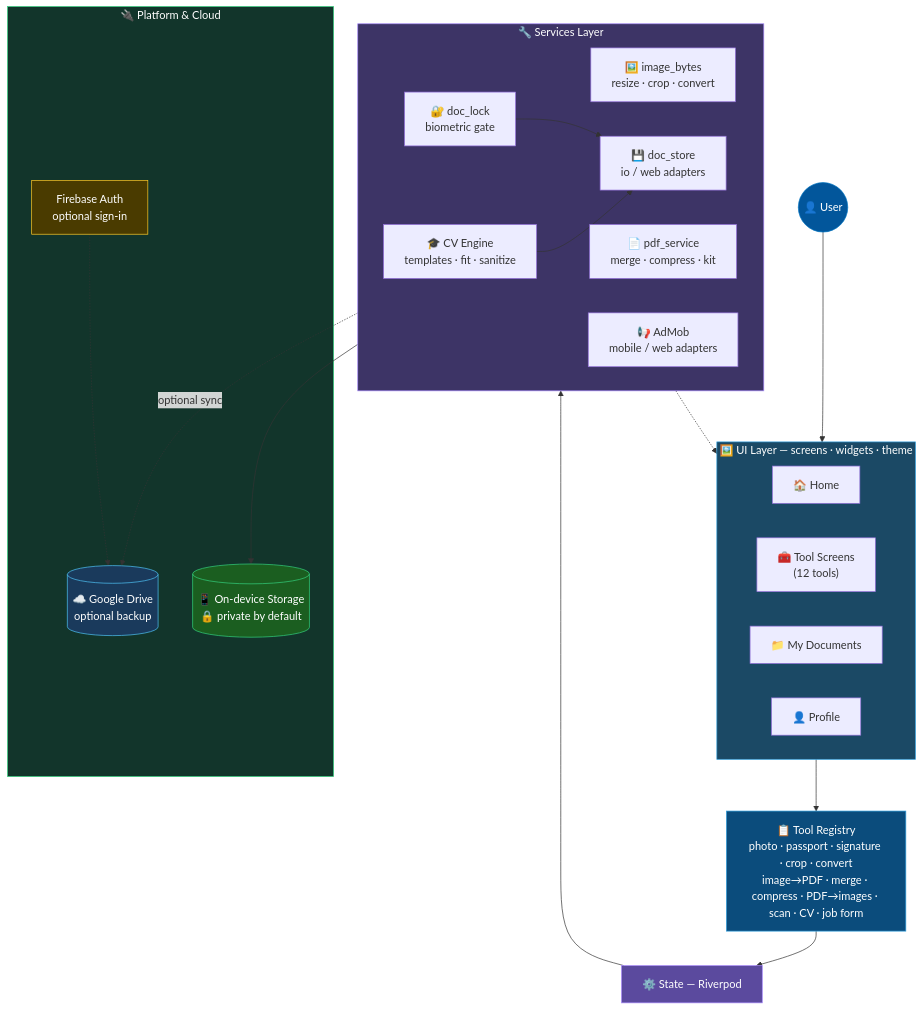
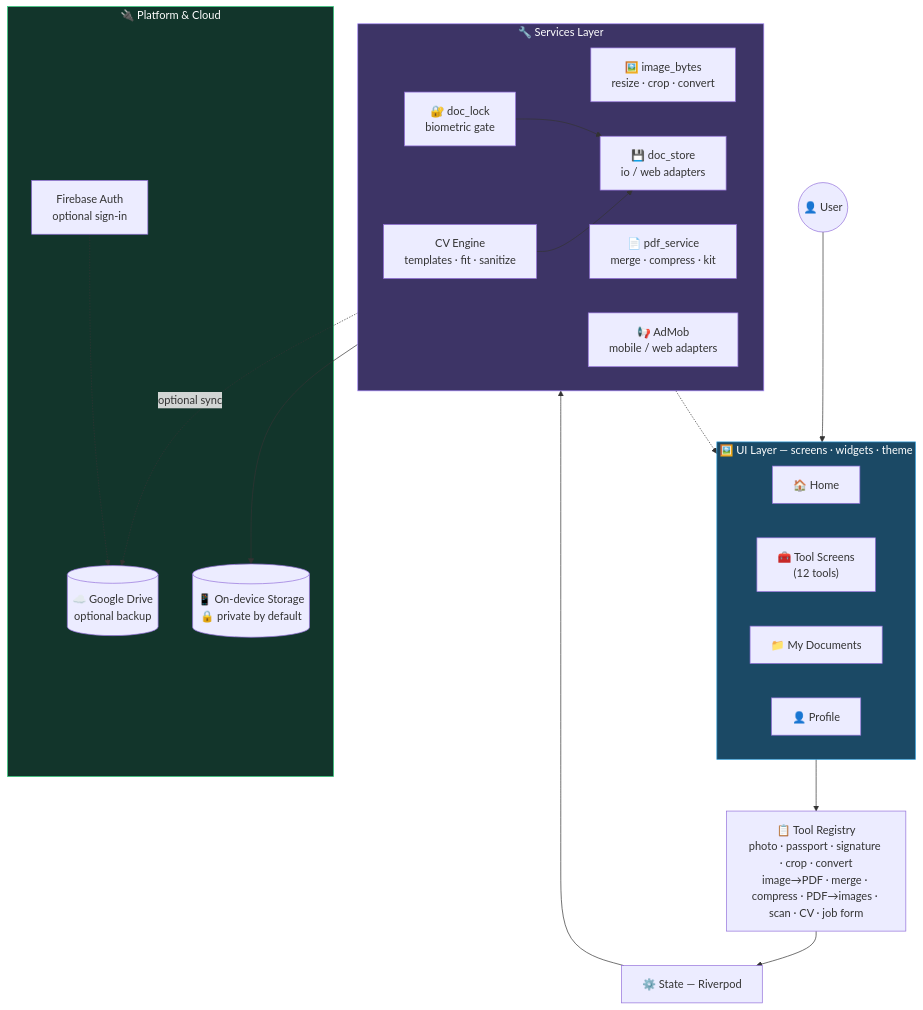
Before and after one commit to Keshab1997/docify: the diagram in README.md, drawn with Mermaid. The commit also changed other lines of this file and 7 other files, not shown here.

````diff
--- a/README.md
+++ b/README.md
@@ -144,50 +180,44 @@
 ```mermaid
 flowchart TB
     User(("👤 User"))
 
     subgraph UI["🖼️ UI Layer — screens · widgets · theme"]
         direction LR
         Home["🏠 Home"]
         ToolsScr["🧰 Tool Screens<br/>(12 tools)"]
         DocsScr["📁 My Documents"]
         ProfileScr["👤 Profile"]
     end
 
     Reg["📋 Tool Registry<br/>photo · passport · signature · crop · convert<br/>image→PDF · merge · compress · PDF→images · scan · CV · job form"]
 
     RP["⚙️ State — Riverpod"]
 
     subgraph Svc["🔧 Services Layer"]
         direction LR
         Img["🖼️ image_bytes<br/>resize · crop · convert"]
         Pdf["📄 pdf_service<br/>merge · compress · kit"]
-        CvSvc["🎓 CV Engine<br/>templates · fit · sanitize"]
+        CvSvc["CV Engine<br/>templates · fit · sanitize"]
         Store["💾 doc_store<br/>io / web adapters"]
         Lock["🔐 doc_lock<br/>biometric gate"]
         Ads["📢 AdMob<br/>mobile / web adapters"]
     end
 
     subgraph Ext["🔌 Platform & Cloud"]
         Local[("📱 On-device Storage<br/>🔒 private by default")]
         Drive[("☁️ Google Drive<br/>optional backup")]
         FB["Firebase Auth<br/>optional sign-in"]
     end
 
     User --> UI --> Reg --> RP --> Svc
     Store --> Local
     Lock --> Store
     CvSvc --> Store
     Svc -. "optional sync" .-> Drive
     FB -.-> Drive
     Ads -.-> UI
 
     style UI fill:#1B4965,stroke:#2D9CDB,color:#fff
     style Svc fill:#3D3466,stroke:#A78BFA,color:#fff
     style Ext fill:#12352B,stroke:#33d17e,color:#fff
-    style Reg fill:#0B4C7C,stroke:#2D9CDB,color:#fff
-    style RP fill:#5B4A9E,stroke:#A78BFA,color:#fff
-    style User fill:#02569B,stroke:#0175C2,color:#fff
-    style Local fill:#1B5E20,stroke:#33d17e,color:#fff
-    style Drive fill:#1A3A5C,stroke:#4FC3F7,color:#fff
-    style FB fill:#4A3B00,stroke:#FFCA28,color:#fff
 ```
````
